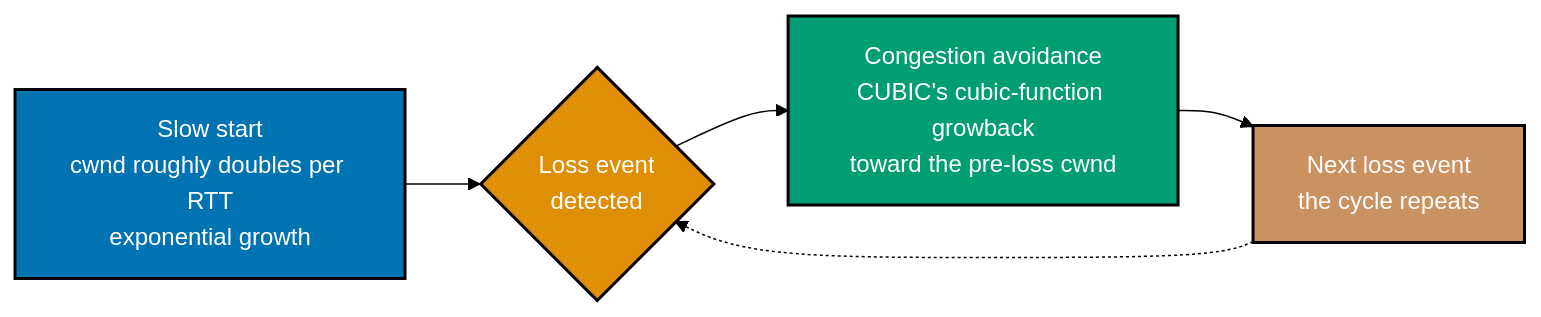
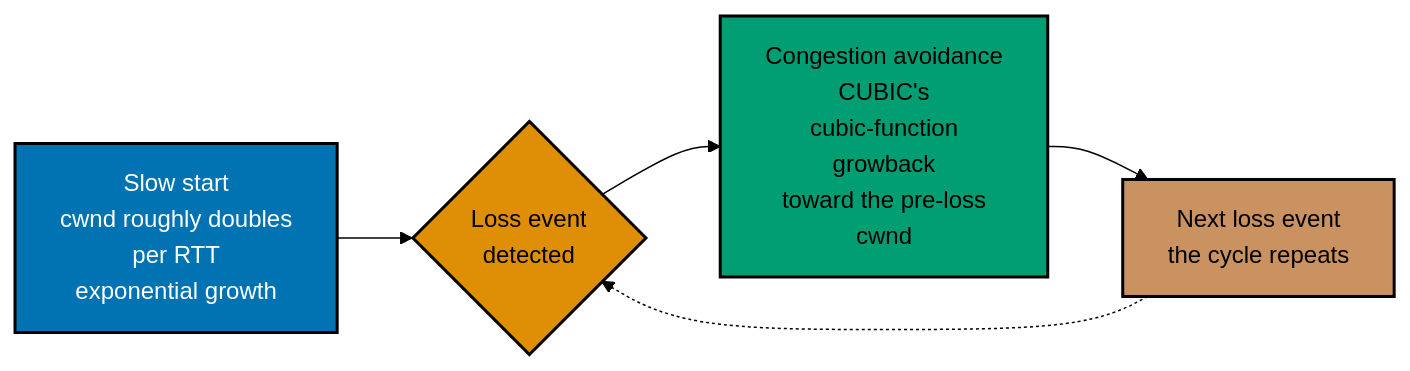
The first of 6 diagrams in apps/ayokoding-www/content/en/learn/courses/advanced-networking/learning/intermediate.md (wahidyankf/ose-public), drawn with Mermaid (forest theme) before and after one commit. The commit also changed other lines of this file and 144 other files, not shown here.

First line of the commit message:
fix(mermaid): bring the first half of the courses diagrams onto the accessible palette

````diff
--- a/apps/ayokoding-www/content/en/learn/courses/advanced-networking/learning/intermediate.md
+++ b/apps/ayokoding-www/content/en/learn/courses/advanced-networking/learning/intermediate.md
@@ -185,13 +185,16 @@
 ```mermaid
 %% Color Palette: Blue #0173B2, Orange #DE8F05, Teal #029E73, Brown #CA9161
 graph LR
-    A["Slow start<br/>cwnd roughly doubles per RTT<br/>exponential growth"]:::blue --> B{"Loss event<br/>detected"}:::orange
-    B --> C["Congestion avoidance<br/>CUBIC's cubic-function growback<br/>toward the pre-loss cwnd"]:::teal
+    accTitle: Example 19: CUBICs Slow Start Transitioning to Congestion Avoidance
+    accDescr: Graph with 4 nodes and 4 connections. Nodes: Slow start cwnd roughly doubles per RTT exponential growth, Loss event detected, Congestion avoidance CUBICs cubic-function growback toward the pre-loss cwnd, Next loss event the cycle repeats. Connections: Slow start cwnd roughly doubles per RTT exponential growth to Loss event detected, Loss event detected to Congestion avoidance CUBICs cubic-function growback toward the pre-loss cwnd, Congestion avoidance CUBICs cubic-function growback toward the pre-loss cwnd to Next loss event the cycle repeats, Next loss event the cycle repeats to Loss event detected.
+    A["Slow start<br/>cwnd roughly doubles<br/>per RTT<br/>exponential growth"]:::blue --> B{"Loss event<br/>detected"}:::orange
+    B --> C["Congestion avoidance<br/>CUBIC's<br/>cubic-function<br/>growback<br/>toward the pre-loss<br/>cwnd"]:::teal
     C --> D["Next loss event<br/>the cycle repeats"]:::brown
     D -.-> B
 
     classDef blue fill:#0173B2,stroke:#000000,color:#FFFFFF,stroke-width:2px
-    classDef orange fill:#DE8F05,stroke:#000000,color:#FFFFFF,stroke-width:2px
-    classDef teal fill:#029E73,stroke:#000000,color:#FFFFFF,stroke-width:2px
-    classDef brown fill:#CA9161,stroke:#000000,color:#FFFFFF,stroke-width:2px
+    classDef orange fill:#DE8F05,stroke:#000000,color:#000000,stroke-width:2px
+    classDef teal fill:#029E73,stroke:#000000,color:#000000,stroke-width:2px
+    classDef brown fill:#CA9161,stroke:#000000,color:#000000,stroke-width:2px
+    classDef default fill:#FFFFFF,stroke:#000000,color:#000000
 ```
````
